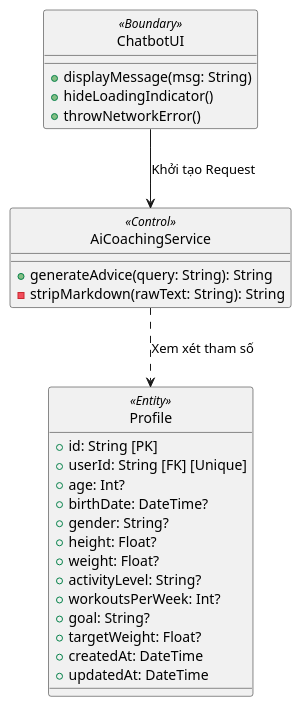
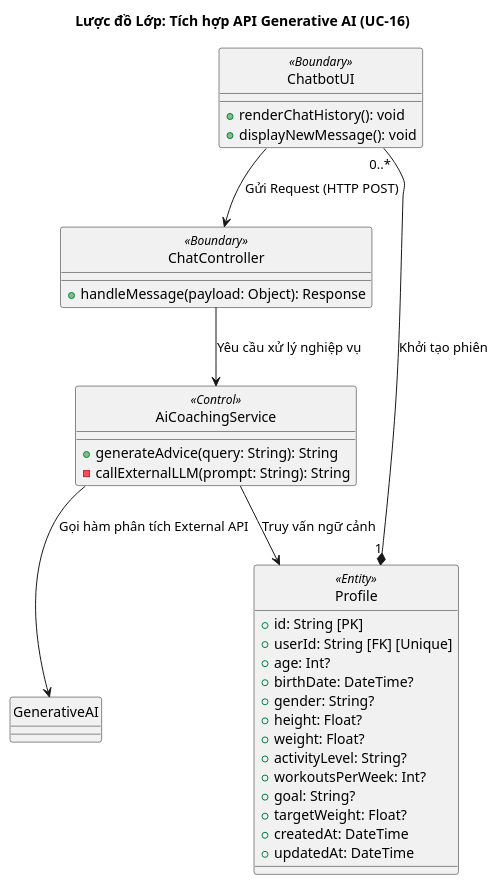
One commit to MinhTriet0612/CalAIClone changed the second of 2 diagrams in docs/reports/VnV_UC16_AI_Coaching.md. Above: the diagram before and after it, drawn with PlantUML. The commit also changed other lines of this file and 23 other files, not shown here.

````diff
--- a/docs/reports/VnV_UC16_AI_Coaching.md
+++ b/docs/reports/VnV_UC16_AI_Coaching.md
@@ -92,35 +96,42 @@
 ```plantuml
 @startuml
+title Lược đồ Lớp: Tích hợp API Generative AI (UC-16)
 skinparam style strictuml
 
 class ChatbotUI <<Boundary>> {
-    + displayMessage(msg: String)
-    + hideLoadingIndicator()
-    + throwNetworkError()
+    + renderChatHistory(): void
+    + displayNewMessage(): void
+}
+
+class ChatController <<Boundary>> {
+    + handleMessage(payload: Object): Response
 }
 
 class AiCoachingService <<Control>> {
     + generateAdvice(query: String): String
-    - stripMarkdown(rawText: String): String
+    - callExternalLLM(prompt: String): String
 }
 
 class Profile <<Entity>> {
     + id: String [PK]
     + userId: String [FK] [Unique]
     + age: Int?
     + birthDate: DateTime?
     + gender: String?
     + height: Float?
     + weight: Float?
     + activityLevel: String?
     + workoutsPerWeek: Int?
     + goal: String?
     + targetWeight: Float?
     + createdAt: DateTime
     + updatedAt: DateTime
 }
 
-ChatbotUI --> AiCoachingService : Khởi tạo Request
-AiCoachingService ..> Profile : Xem xét tham số
+Profile "1" *-- "0..*" ChatbotUI : Khởi tạo phiên
+ChatbotUI --> ChatController : Gửi Request (HTTP POST)
+ChatController --> AiCoachingService : Yêu cầu xử lý nghiệp vụ
+AiCoachingService --> Profile : Truy vấn ngữ cảnh
+AiCoachingService --> GenerativeAI : Gọi hàm phân tích External API
 @enduml
 ```
````
